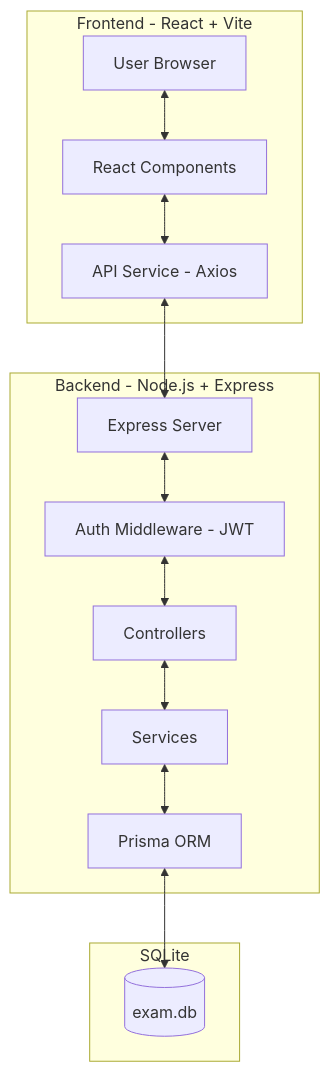
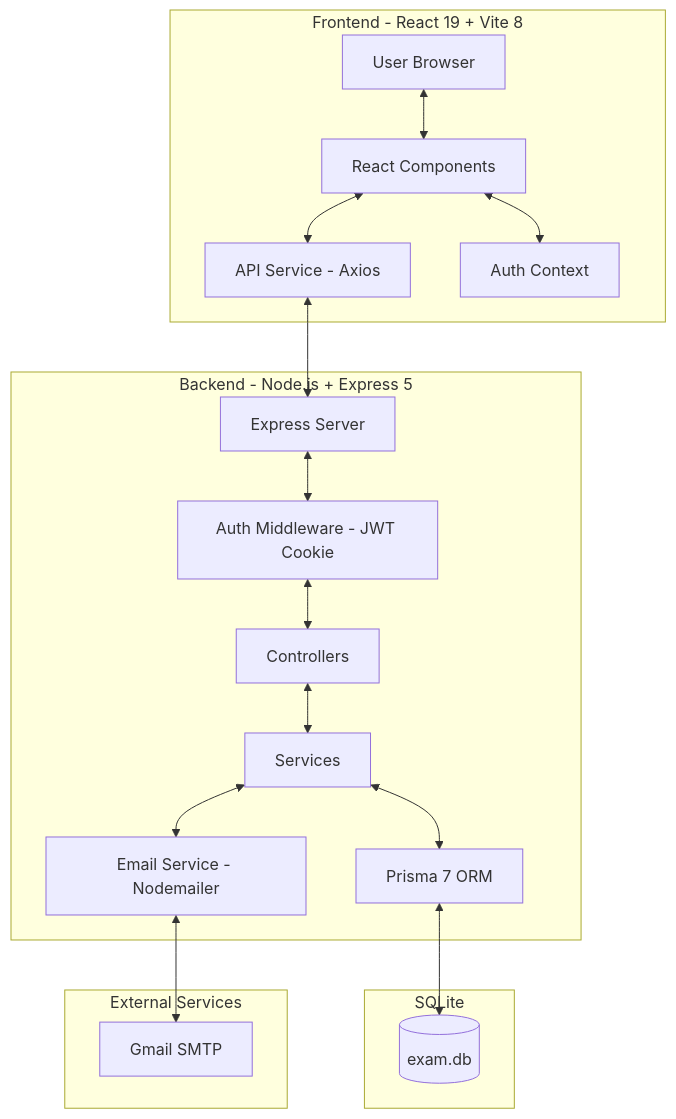
One commit to doananhminh163-max/online_exam_project changed the diagram in docs/ARCHITECTURE.md. Above: the diagram before and after it, drawn with Mermaid. The commit also changed other lines of this file and 2 other files, not shown here.

````diff
--- a/docs/ARCHITECTURE.md
+++ b/docs/ARCHITECTURE.md
@@ -7,29 +7,38 @@
 ```mermaid
 graph TD
-    subgraph Client [Frontend - React + Vite]
+    subgraph Client [Frontend - React 19 + Vite 8]
         A[User Browser]
         B[React Components]
         C[API Service - Axios]
+        D[Auth Context]
     end
 
-    subgraph Server [Backend - Node.js + Express]
-        D[Express Server]
-        E[Auth Middleware - JWT]
-        F[Controllers]
-        G[Services]
-        H[Prisma ORM]
+    subgraph Server [Backend - Node.js + Express 5]
+        E[Express Server]
+        F[Auth Middleware - JWT Cookie]
+        G[Controllers]
+        H[Services]
+        I[Prisma 7 ORM]
+        J[Email Service - Nodemailer]
     end
 
     subgraph Database [SQLite]
-        I[(exam.db)]
+        K[(exam.db)]
+    end
+
+    subgraph External [External Services]
+        L[Gmail SMTP]
     end
 
     A <--> B
     B <--> C
-    C <--> D
-    D <--> E
+    B <--> D
+    C <--> E
     E <--> F
     F <--> G
     G <--> H
     H <--> I
+    I <--> K
+    H <--> J
+    J <--> L
 ```
````
